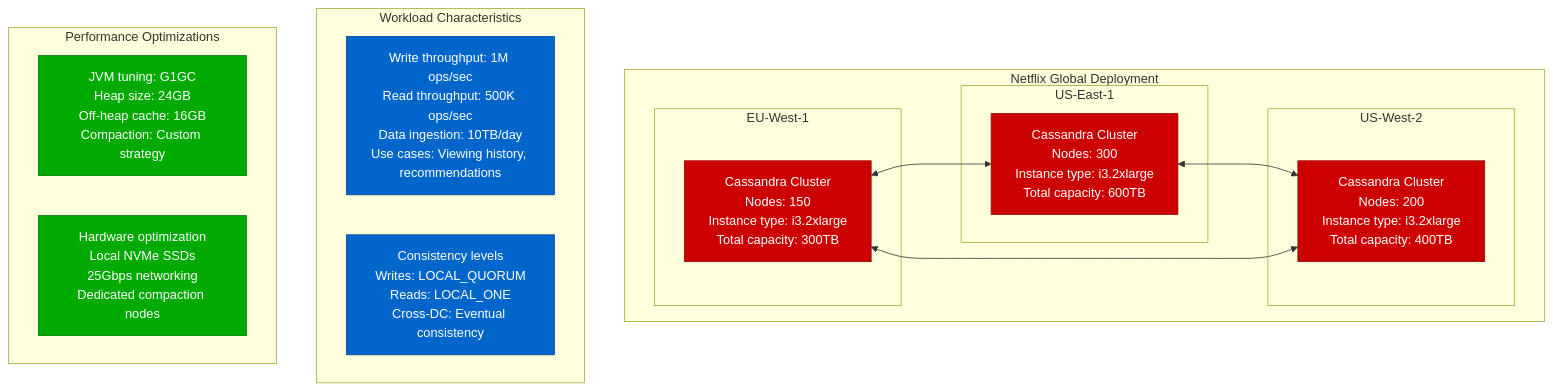
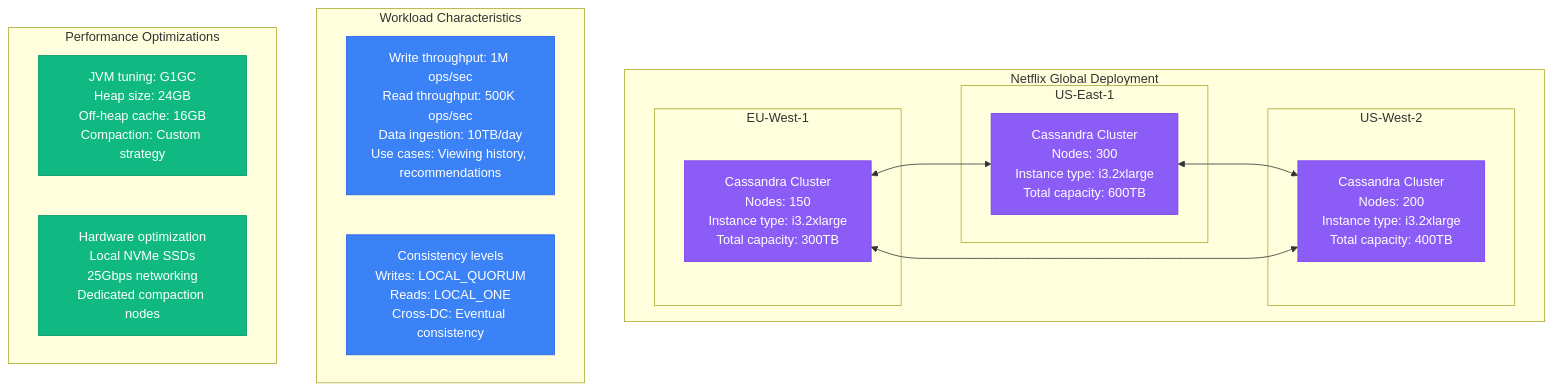
One commit to deepaucksharma/DS changed diagram 12 of 14 in site/docs/performance/cassandra-performance-profile.md. Above: the diagram before and after it, drawn with Mermaid. The commit also changed other lines of this file and 303 other files, not shown here.

````diff
--- a/site/docs/performance/cassandra-performance-profile.md
+++ b/site/docs/performance/cassandra-performance-profile.md
@@ -394,40 +394,40 @@
 ```mermaid
 graph TB
     subgraph "Netflix Global Deployment"
         subgraph "US-East-1"
             USE1[Cassandra Cluster<br/>Nodes: 300<br/>Instance type: i3.2xlarge<br/>Total capacity: 600TB]
         end
 
         subgraph "US-West-2"
             USW2[Cassandra Cluster<br/>Nodes: 200<br/>Instance type: i3.2xlarge<br/>Total capacity: 400TB]
         end
 
         subgraph "EU-West-1"
             EUW1[Cassandra Cluster<br/>Nodes: 150<br/>Instance type: i3.2xlarge<br/>Total capacity: 300TB]
         end
 
         USE1 <--> USW2
         USW2 <--> EUW1
         EUW1 <--> USE1
     end
 
     subgraph "Workload Characteristics"
         WC1[Write throughput: 1M ops/sec<br/>Read throughput: 500K ops/sec<br/>Data ingestion: 10TB/day<br/>Use cases: Viewing history, recommendations]
 
         WC2[Consistency levels<br/>Writes: LOCAL_QUORUM<br/>Reads: LOCAL_ONE<br/>Cross-DC: Eventual consistency]
     end
 
     subgraph "Performance Optimizations"
         PO1[JVM tuning: G1GC<br/>Heap size: 24GB<br/>Off-heap cache: 16GB<br/>Compaction: Custom strategy]
 
         PO2[Hardware optimization<br/>Local NVMe SSDs<br/>25Gbps networking<br/>Dedicated compaction nodes]
     end
 
-    classDef clusterStyle fill:#CC0000,stroke:#990000,color:#fff
-    classDef workloadStyle fill:#0066CC,stroke:#004499,color:#fff
-    classDef optimStyle fill:#00AA00,stroke:#007700,color:#fff
+    classDef clusterStyle fill:#8B5CF6,stroke:#7C3AED,color:#fff
+    classDef workloadStyle fill:#3B82F6,stroke:#2563EB,color:#fff
+    classDef optimStyle fill:#10B981,stroke:#059669,color:#fff
 
     class USE1,USW2,EUW1 clusterStyle
     class WC1,WC2 workloadStyle
     class PO1,PO2 optimStyle
 ```
````
